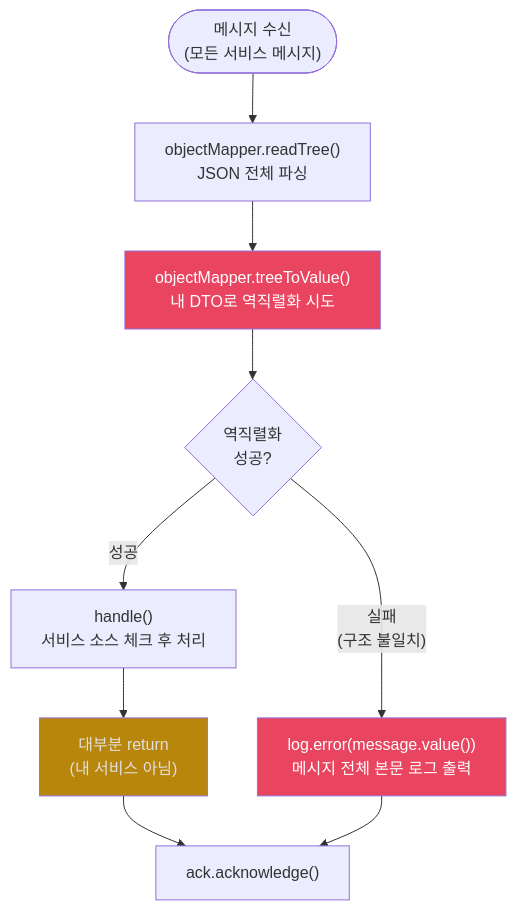
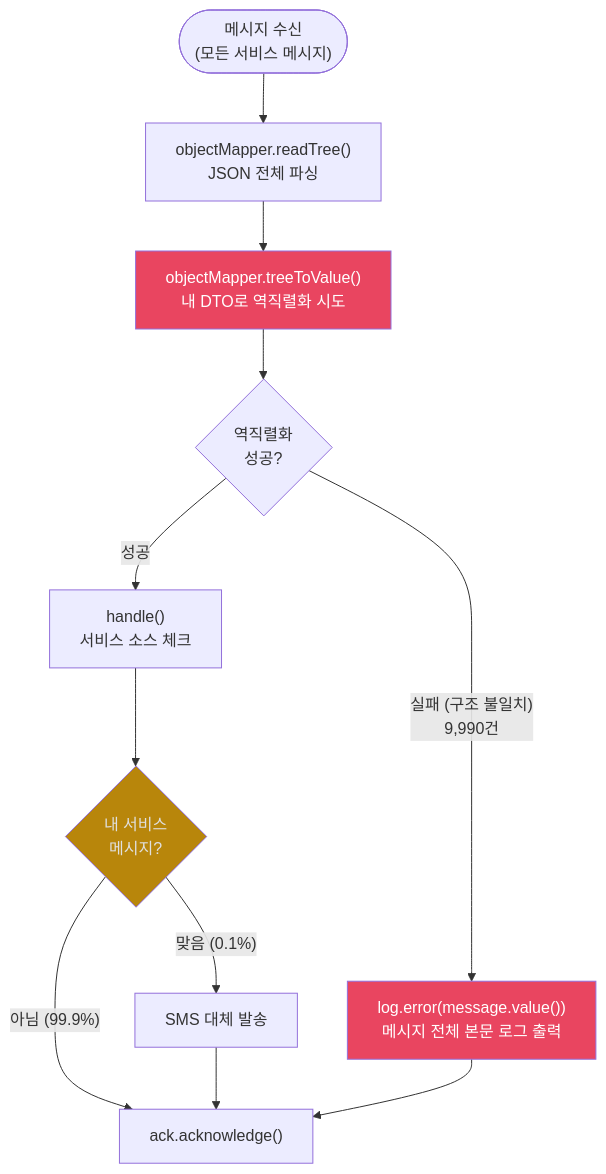
The first of 6 diagrams in contents/posts/roopers/technical-writing/round4/index.md (hyungkishin/hyungkishin.github.io), drawn with Mermaid before and after one commit. The commit also changed other lines of this file and 2 other files, not shown here.

````diff
--- a/contents/posts/roopers/technical-writing/round4/index.md
+++ b/contents/posts/roopers/technical-writing/round4/index.md
@@ -65,26 +53,28 @@
 ```mermaid
 flowchart TD
     start(["메시지 수신<br/>(모든 서비스 메시지)"])
     readTree["objectMapper.readTree()<br/>JSON 전체 파싱"]
     treeToValue["objectMapper.treeToValue()<br/>내 DTO로 역직렬화 시도"]
     success{"역직렬화<br/>성공?"}
-    handle["handle()<br/>서비스 소스 체크 후 처리"]
+    handle["handle()<br/>서비스 소스 체크"]
+    isMine{"내 서비스<br/>메시지?"}
     logError["log.error(message.value())<br/>메시지 전체 본문 로그 출력"]
-    mostly_return["대부분 return<br/>(내 서비스 아님)"]
     ack["ack.acknowledge()"]
 
     start --> readTree
     readTree --> treeToValue
     treeToValue --> success
 
     success -->|"성공"| handle
-    success -->|"실패<br/>(구조 불일치)"| logError
+    success -->|"실패 (구조 불일치)<br/>9,990건"| logError
 
-    handle --> mostly_return
-    mostly_return --> ack
+    handle --> isMine
+    isMine -->|"아님 (99.9%)"| ack
+    isMine -->|"맞음 (0.1%)"| process["SMS 대체 발송"]
+    process --> ack
     logError --> ack
 
     style treeToValue fill:#e94560,color:#ffffff
     style logError fill:#e94560,color:#ffffff
-    style mostly_return fill:#b8860b,color:#e0e0e0
+    style isMine fill:#b8860b,color:#e0e0e0
 ```
````
